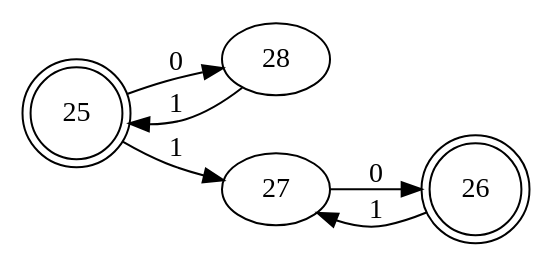
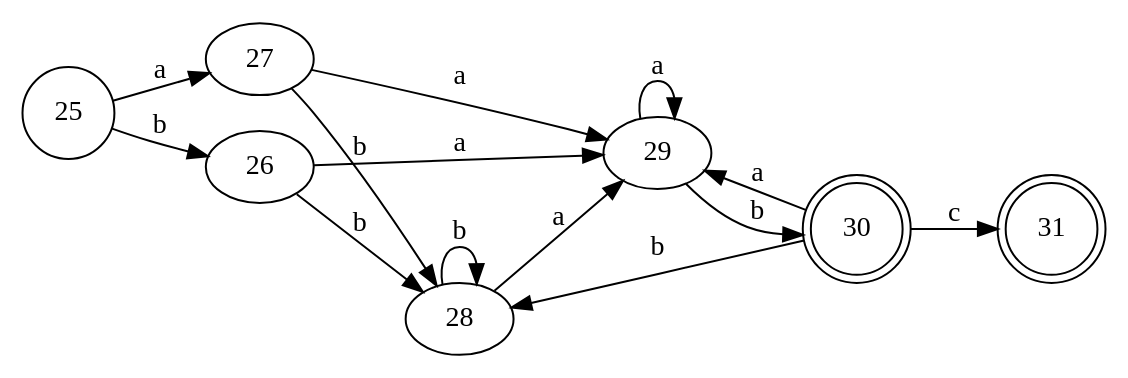
One commit to bryannalfaro/Dise-odeLenguajes changed the diagram in test-output/automata1.gv. Above: the diagram before and after it, drawn with Graphviz. The commit also changed 7 other files, not shown here.

```diff
--- a/test-output/automata1.gv
+++ b/test-output/automata1.gv
@@ -1,10 +1,19 @@
 digraph automata1 {
 	rankdir=LR
-	25 [label=25 shape=doublecircle]
-	26 [label=26 shape=doublecircle]
-	25 -> 28 [label=0]
-	25 -> 27 [label=1]
-	26 -> 27 [label=1]
-	27 -> 26 [label=0]
-	28 -> 25 [label=1]
+	25 [label=25 shape=circle]
+	30 [label=30 shape=doublecircle]
+	31 [label=31 shape=doublecircle]
+	25 -> 26 [label=b]
+	25 -> 27 [label=a]
+	26 -> 28 [label=b]
+	26 -> 29 [label=a]
+	27 -> 28 [label=b]
+	27 -> 29 [label=a]
+	28 -> 28 [label=b]
+	28 -> 29 [label=a]
+	29 -> 30 [label=b]
+	29 -> 29 [label=a]
+	30 -> 28 [label=b]
+	30 -> 29 [label=a]
+	30 -> 31 [label=c]
 }
```
